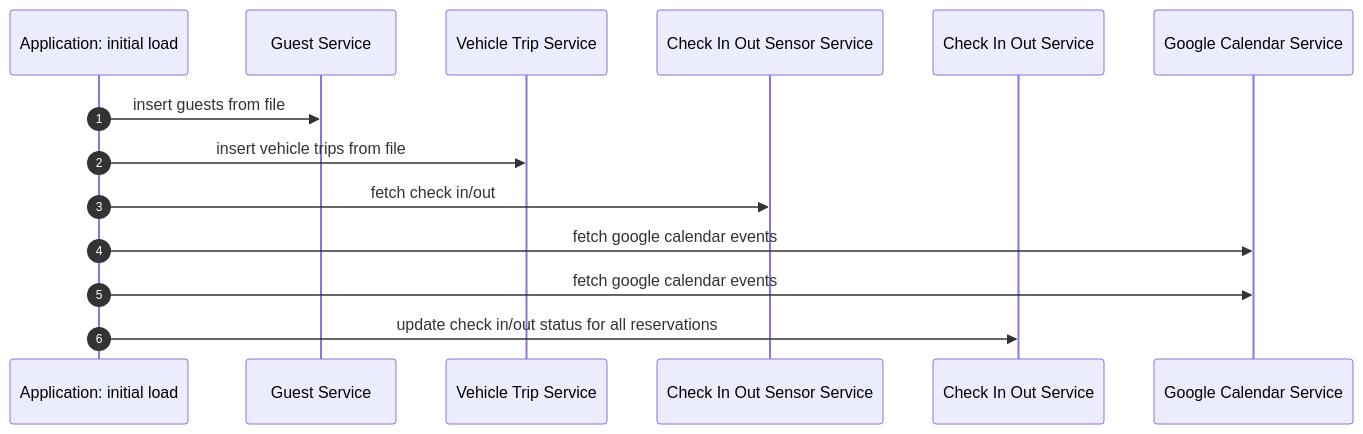
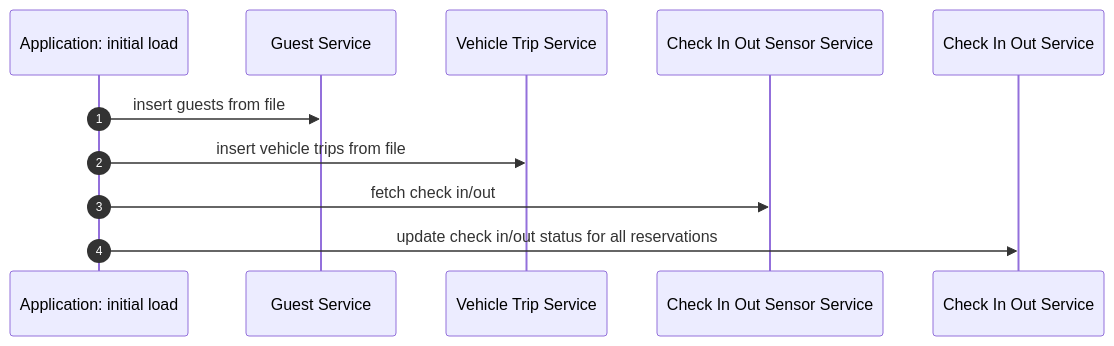
The first of 7 diagrams in docs/solution_architecture.md (ismarslomic/cabin-visits-kotlin), drawn with Mermaid before and after one commit. The commit also changed other lines of this file and 14 other files, not shown here.

First line of the commit message:
refactor: remove Google Calendar poll (PR 0a of reservations REST API plan)

````diff
--- a/docs/solution_architecture.md
+++ b/docs/solution_architecture.md
@@ -8,17 +7,14 @@
 ```mermaid
 sequenceDiagram
     autonumber
     participant InitialLoad as Application: initial load
     participant GuestService as Guest Service
     participant VehicleTripService as Vehicle Trip Service
     participant CheckInOutSensorService as Check In Out Sensor Service
     participant CheckInOutService as Check In Out Service
-    participant GoogleCalendarService as Google Calendar Service
 
     InitialLoad->>GuestService: insert guests from file
     InitialLoad->>VehicleTripService: insert vehicle trips from file
     InitialLoad->>CheckInOutSensorService: fetch check in/out
-    InitialLoad->>GoogleCalendarService: fetch google calendar events
-    InitialLoad->>GoogleCalendarService: fetch google calendar events
     InitialLoad->>CheckInOutService: update check in/out status for all reservations
 ```
````
